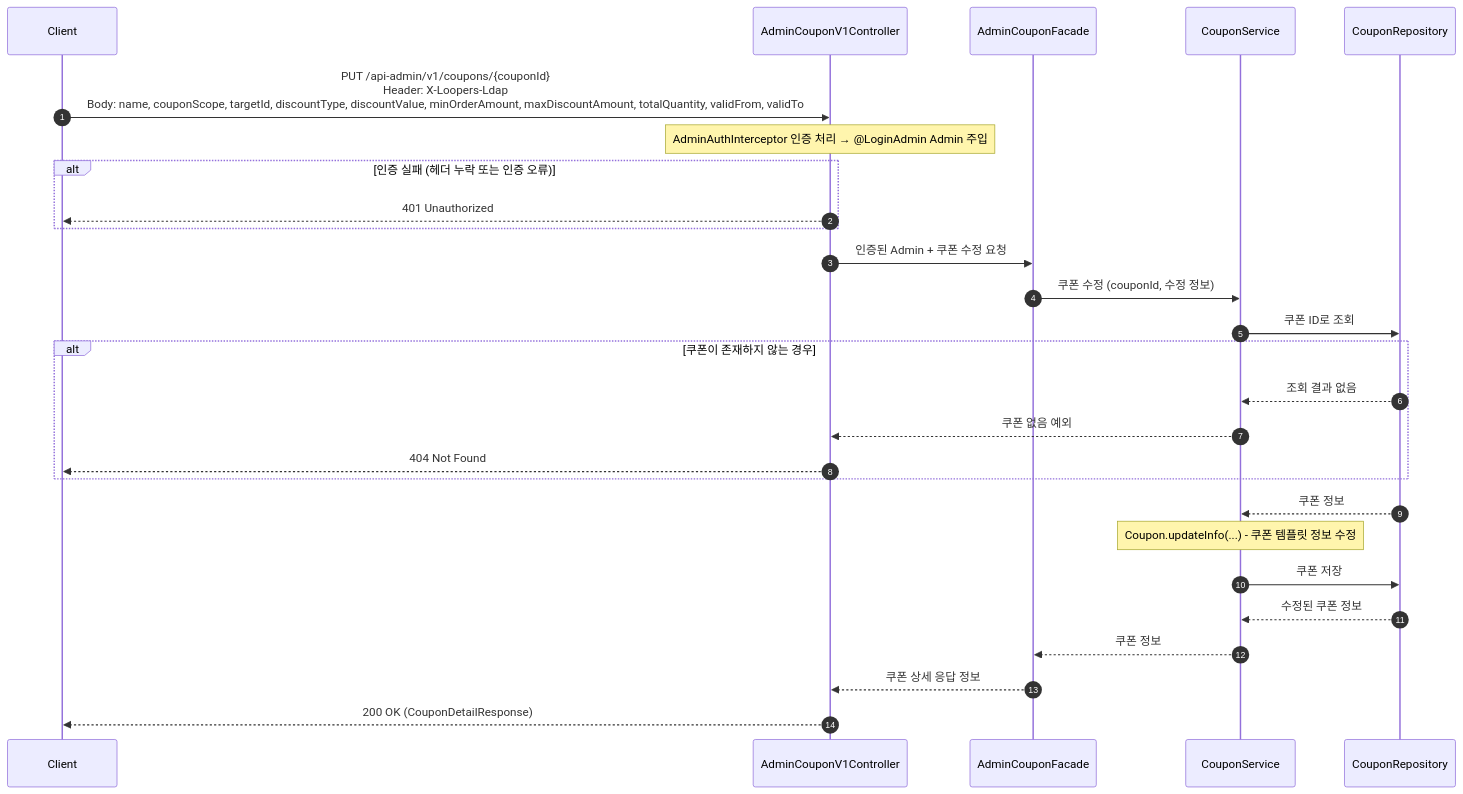
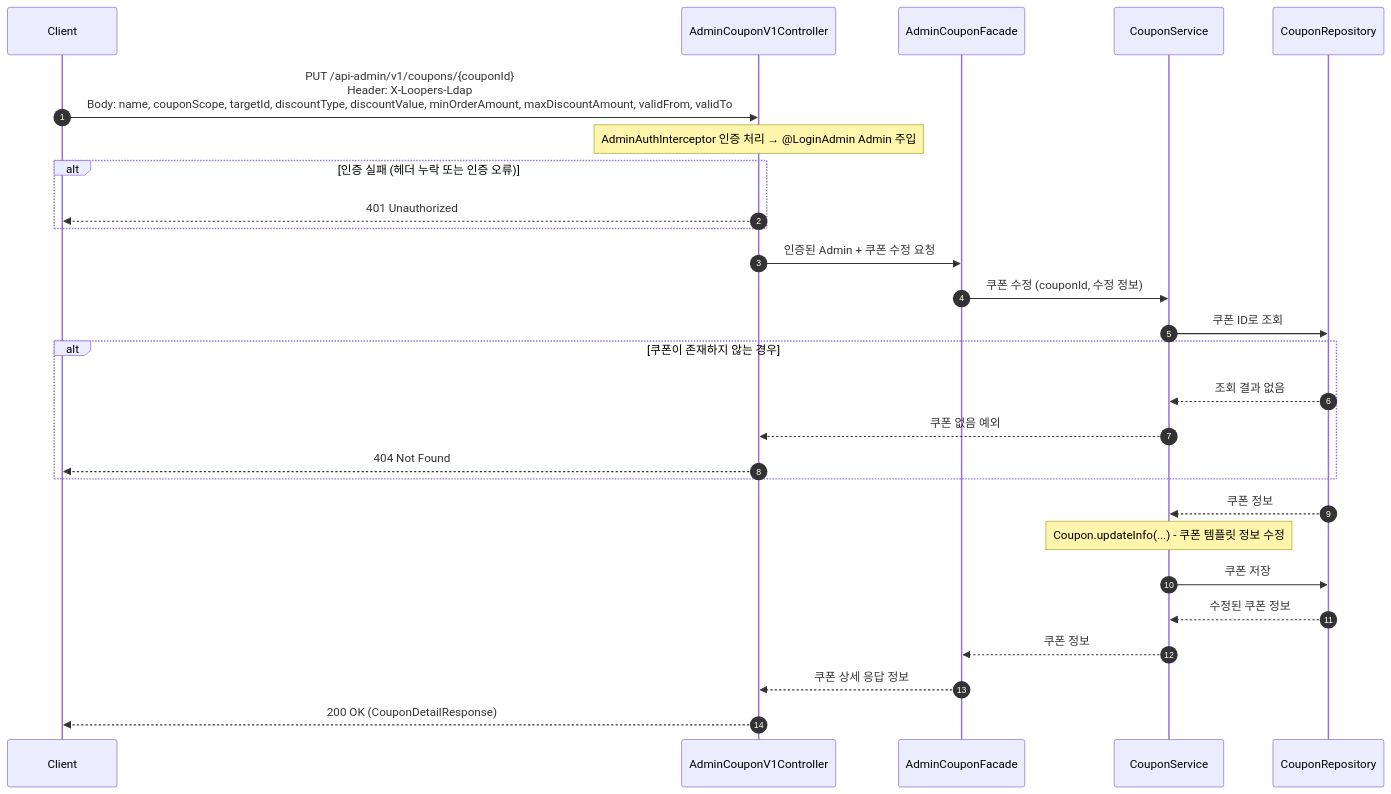
Diagram 27 of 29 in docs/design/02-sequence-diagrams.md (jsj1215/loop-pack-be-l2-vol3-java), drawn with Mermaid before and after one commit. The commit also changed other lines of this file and 3 other files, not shown here.

````diff
--- a/docs/design/02-sequence-diagrams.md
+++ b/docs/design/02-sequence-diagrams.md
@@ -1381,34 +1332,34 @@
 ```mermaid
 sequenceDiagram
     autonumber
     participant Client
     participant Controller as AdminCouponV1Controller
     participant Facade as AdminCouponFacade
     participant Service as CouponService
     participant Repository as CouponRepository
 
-    Client->>Controller: PUT /api-admin/v1/coupons/{couponId}<br/>Header: X-Loopers-Ldap<br/>Body: name, couponScope, targetId, discountType, discountValue, minOrderAmount, maxDiscountAmount, totalQuantity, validFrom, validTo
+    Client->>Controller: PUT /api-admin/v1/coupons/{couponId}<br/>Header: X-Loopers-Ldap<br/>Body: name, couponScope, targetId, discountType, discountValue, minOrderAmount, maxDiscountAmount, validFrom, validTo
 
     Note over Controller: AdminAuthInterceptor 인증 처리 → @LoginAdmin Admin 주입
     alt 인증 실패 (헤더 누락 또는 인증 오류)
         Controller-->>Client: 401 Unauthorized
     end
 
     Controller->>Facade: 인증된 Admin + 쿠폰 수정 요청
     Facade->>Service: 쿠폰 수정 (couponId, 수정 정보)
     Service->>Repository: 쿠폰 ID로 조회
 
     alt 쿠폰이 존재하지 않는 경우
         Repository-->>Service: 조회 결과 없음
         Service-->>Controller: 쿠폰 없음 예외
         Controller-->>Client: 404 Not Found
     end
 
     Repository-->>Service: 쿠폰 정보
     Note over Service: Coupon.updateInfo(...) - 쿠폰 템플릿 정보 수정
     Service->>Repository: 쿠폰 저장
     Repository-->>Service: 수정된 쿠폰 정보
     Service-->>Facade: 쿠폰 정보
     Facade-->>Controller: 쿠폰 상세 응답 정보
     Controller-->>Client: 200 OK (CouponDetailResponse)
 ```
````
